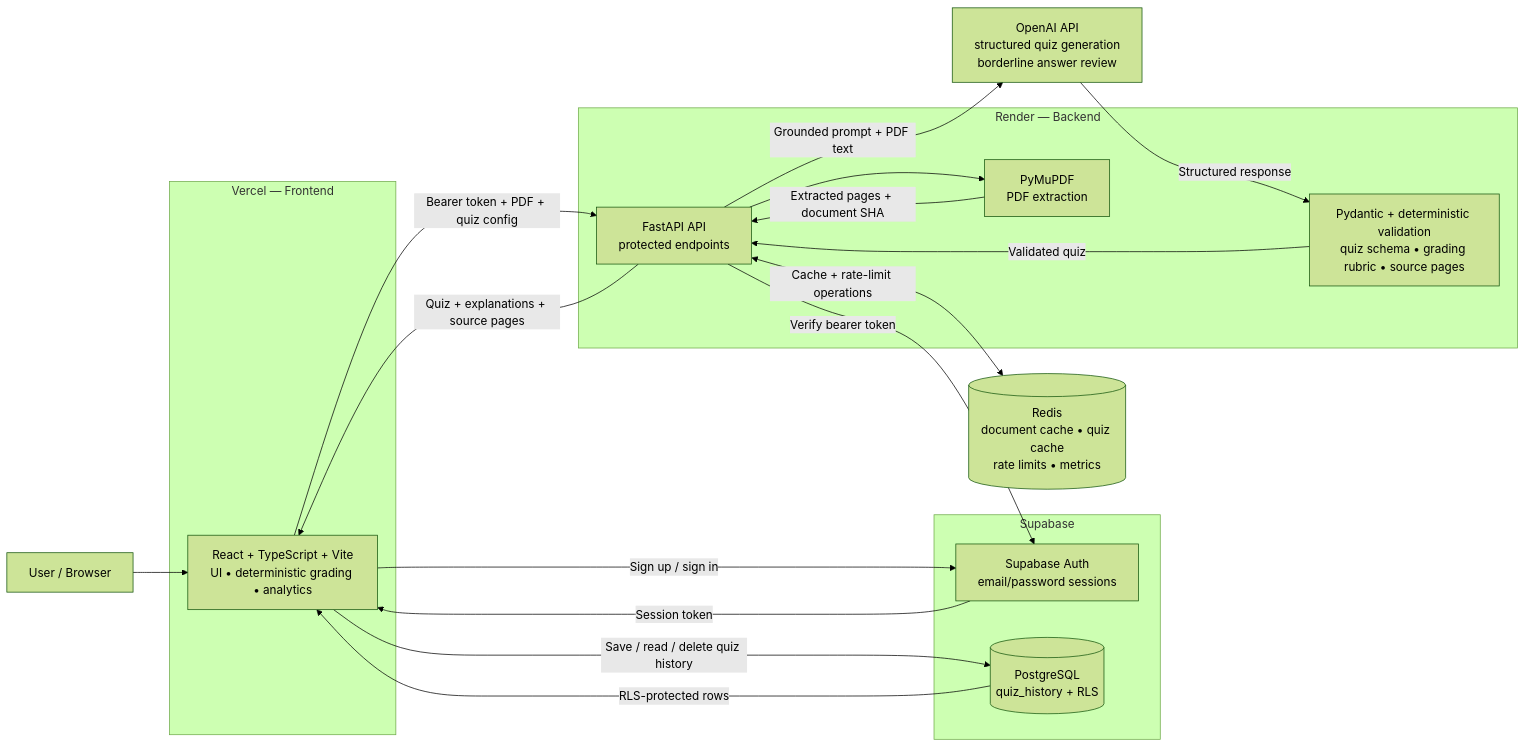
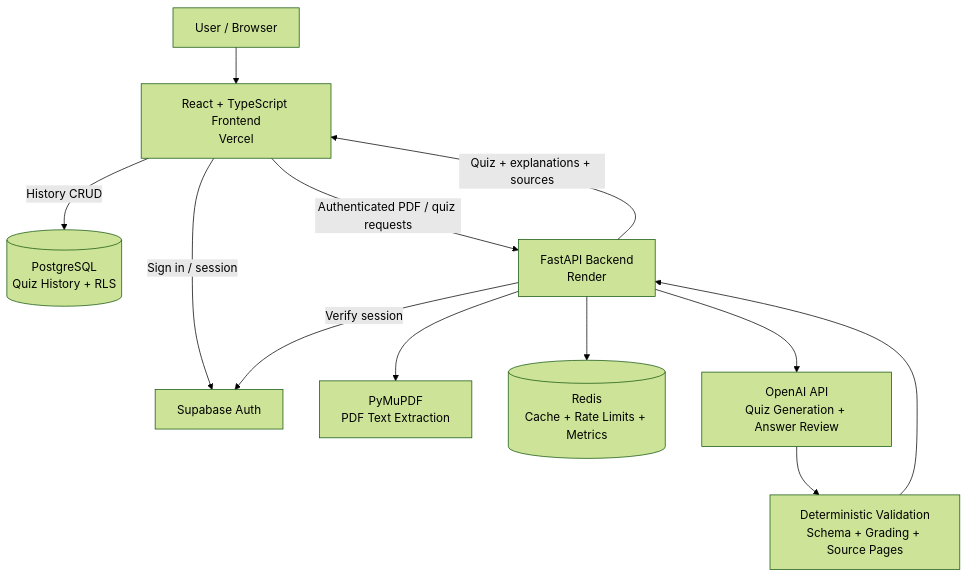
The diagram in README.md (HamedGithubforwork/QuizForge-AI), drawn with Mermaid (forest theme) before and after one commit. The commit also changed other lines of this file, not shown here.

Commit message:
Simplify architecture diagram

````diff
--- a/README.md
+++ b/README.md
@@ -130,44 +130,24 @@
 ```mermaid
-flowchart LR
-    U[User / Browser]
+flowchart TD
+    USER[User / Browser]
+    FE[React + TypeScript Frontend<br/>Vercel]
+    AUTH[Supabase Auth]
+    DB[(PostgreSQL<br/>Quiz History + RLS)]
+    API[FastAPI Backend<br/>Render]
+    PDF[PyMuPDF<br/>PDF Text Extraction]
+    REDIS[(Redis<br/>Cache + Rate Limits + Metrics)]
+    AI[OpenAI API<br/>Quiz Generation + Answer Review]
+    VALID[Deterministic Validation<br/>Schema + Grading + Source Pages]
 
-    subgraph V["Vercel — Frontend"]
-        FE["React + TypeScript + Vite<br/>UI • deterministic grading • analytics"]
-    end
-
-    subgraph S["Supabase"]
-        AUTH["Supabase Auth<br/>email/password sessions"]
-        DB[("PostgreSQL<br/>quiz_history + RLS")]
-    end
-
-    subgraph R["Render — Backend"]
-        API["FastAPI API<br/>protected endpoints"]
-        PDF["PyMuPDF<br/>PDF extraction"]
-        VALID["Pydantic + deterministic validation<br/>quiz schema • grading rubric • source pages"]
-    end
-
-    REDIS[("Redis<br/>document cache • quiz cache<br/>rate limits • metrics")]
-    OAI["OpenAI API<br/>structured quiz generation<br/>borderline answer review"]
-
-    U --> FE
-
-    FE -->|"Sign up / sign in"| AUTH
-    AUTH -->|"Session token"| FE
-
-    FE -->|"Save / read / delete quiz history"| DB
-    DB -->|"RLS-protected rows"| FE
-
-    FE -->|"Bearer token + PDF + quiz config"| API
-    API -->|"Verify bearer token"| AUTH
-
+    USER --> FE
+    FE -->|Sign in / session| AUTH
+    FE -->|History CRUD| DB
+    FE -->|Authenticated PDF / quiz requests| API
+    API -->|Verify session| AUTH
     API --> PDF
-    PDF -->|"Extracted pages + document SHA"| API
-
-    API <--> |"Cache + rate-limit operations"| REDIS
-
-    API -->|"Grounded prompt + PDF text"| OAI
-    OAI -->|"Structured response"| VALID
-    VALID -->|"Validated quiz"| API
-
-    API -->|"Quiz + explanations + source pages"| FE
+    API --> REDIS
+    API --> AI
+    AI --> VALID
+    VALID --> API
+    API -->|Quiz + explanations + sources| FE
 ```
````
